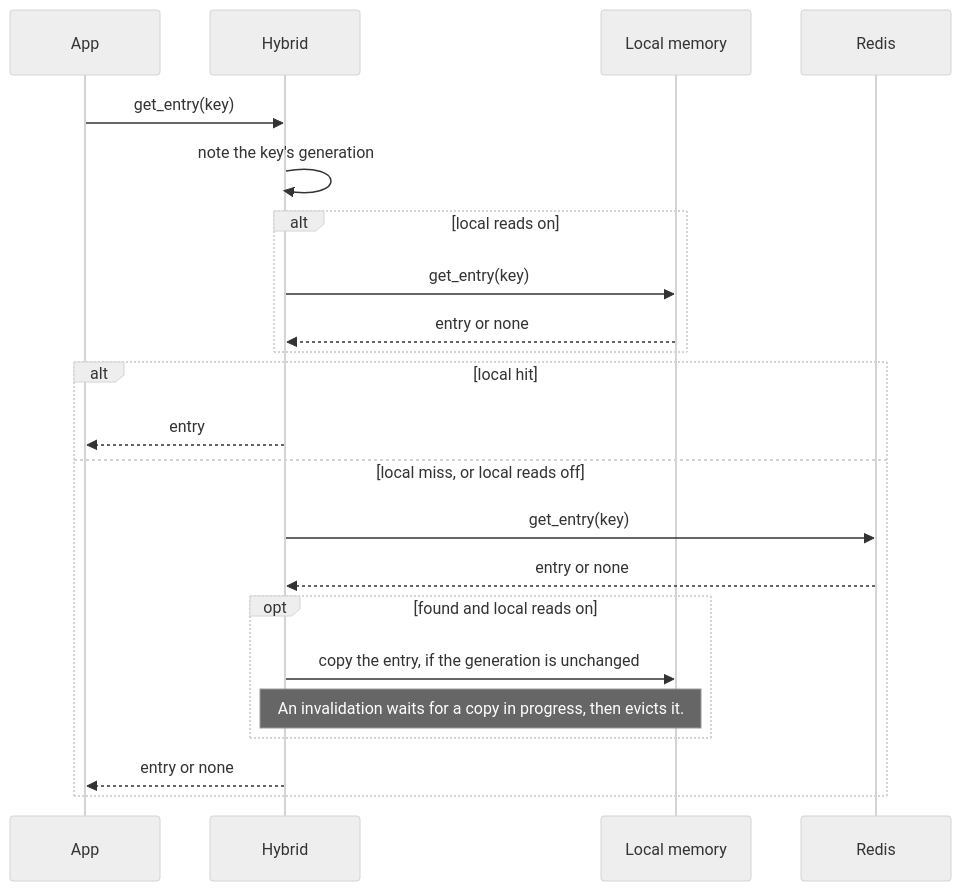
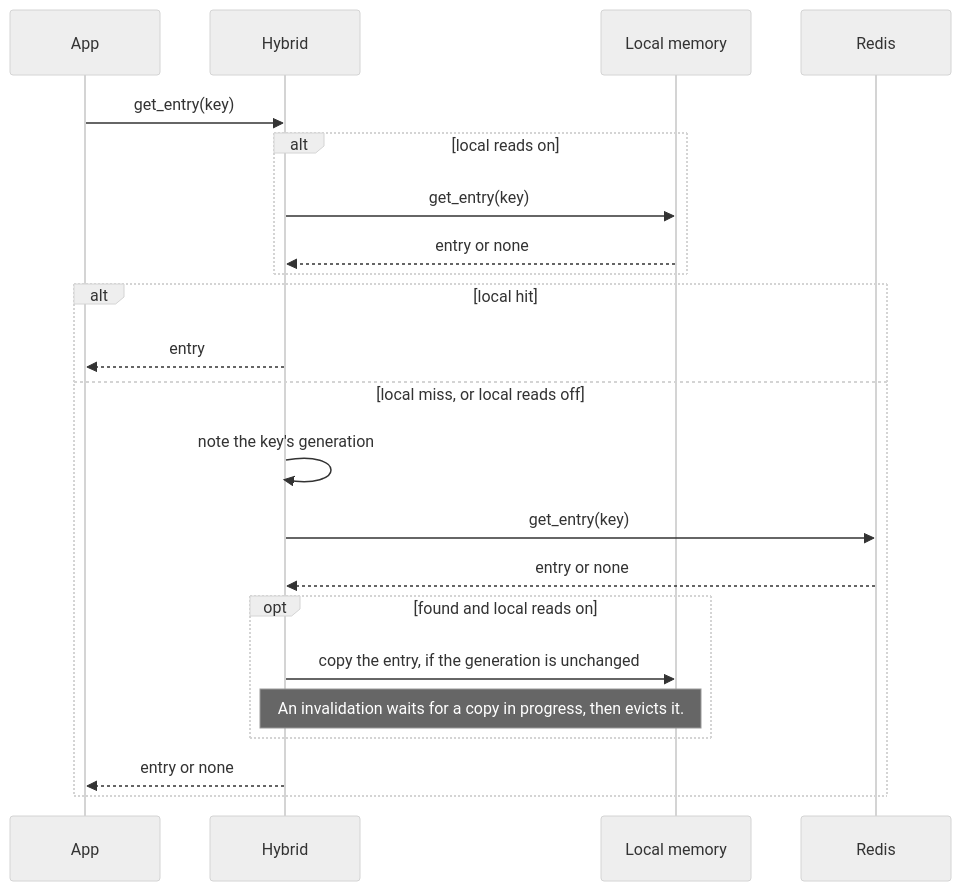
The fourth of 8 diagrams in docs/02-flows.md (sisaio/sisa-caching-rs), drawn with Mermaid (neutral theme) before and after one commit. The commit also changed 2 other files, not shown here.

Commit message:
docs(hybrid): fix the read flow and the crate's store list
The hybrid read flow noted the key's generation before every read,
but the store reads it only on a local miss, before it goes to Redis.
The crate docs offered a hybrid over "another distributed store",
which an application can't supply: `CacheStore` is sealed, so the
distributed store is the Redis store. The observability page's
warnings paragraph had an over-long line.

Closes #163

````diff
--- a/docs/02-flows.md
+++ b/docs/02-flows.md
@@ -129,25 +129,25 @@
 ```mermaid
 sequenceDiagram
     participant App
     participant Hybrid
     participant Local as Local memory
     participant Redis
 
     App->>Hybrid: get_entry(key)
-    Hybrid->>Hybrid: note the key's generation
     alt local reads on
         Hybrid->>Local: get_entry(key)
         Local-->>Hybrid: entry or none
     end
     alt local hit
         Hybrid-->>App: entry
     else local miss, or local reads off
+        Hybrid->>Hybrid: note the key's generation
         Hybrid->>Redis: get_entry(key)
         Redis-->>Hybrid: entry or none
         opt found and local reads on
             Hybrid->>Local: copy the entry, if the generation is unchanged
             Note over Hybrid,Local: An invalidation waits for a copy in progress, then evicts it.
         end
         Hybrid-->>App: entry or none
     end
 ```
````
